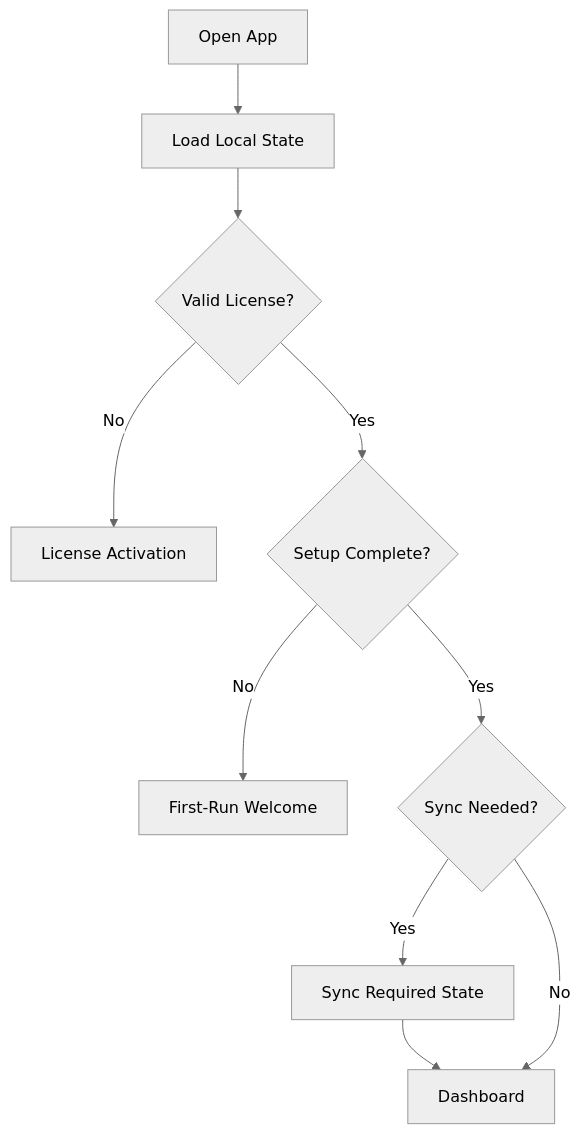
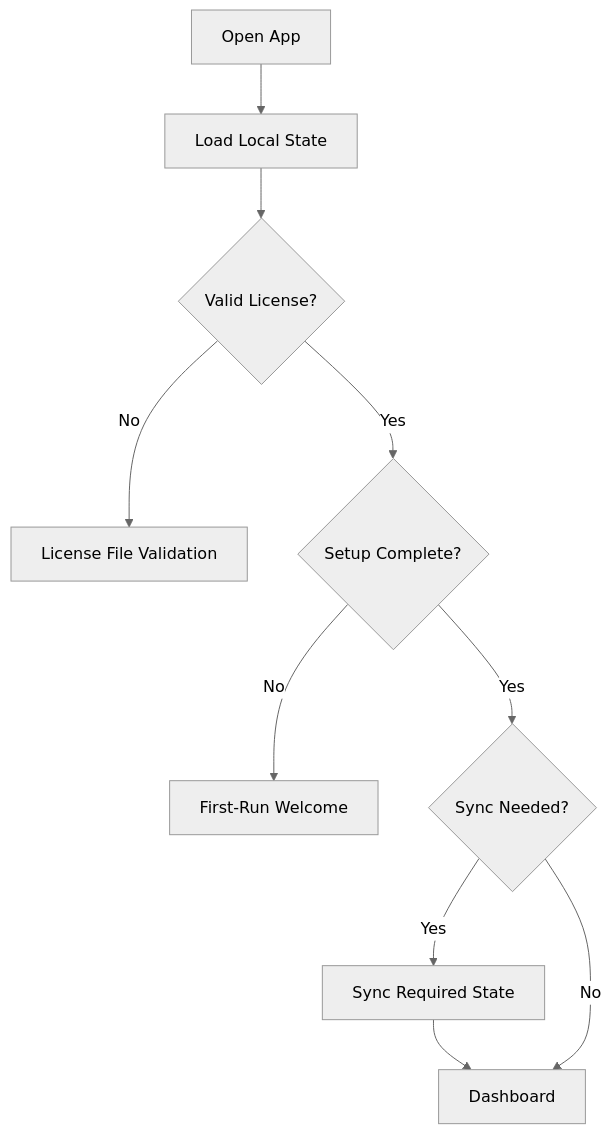
Before and after one commit to yukasung/tiewtrade: the fourth of 25 diagrams in docs/user-flow.md, drawn with Mermaid (neutral theme). The commit also changed other lines of this file and 5 other files, not shown here.

Commit message:
Align architecture documentation decisions

````diff
--- a/docs/user-flow.md
+++ b/docs/user-flow.md
@@ -295,12 +296,12 @@
 ```mermaid
 flowchart TD
     A["Open App"] --> B["Load Local State"]
     B --> C{"Valid License?"}
-    C -- "No" --> D["License Activation"]
+    C -- "No" --> D["License File Validation"]
     C -- "Yes" --> E{"Setup Complete?"}
     E -- "No" --> F["First-Run Welcome"]
     E -- "Yes" --> G{"Sync Needed?"}
     G -- "Yes" --> H["Sync Required State"]
     H --> I["Dashboard"]
     G -- "No" --> I
 ```
````
